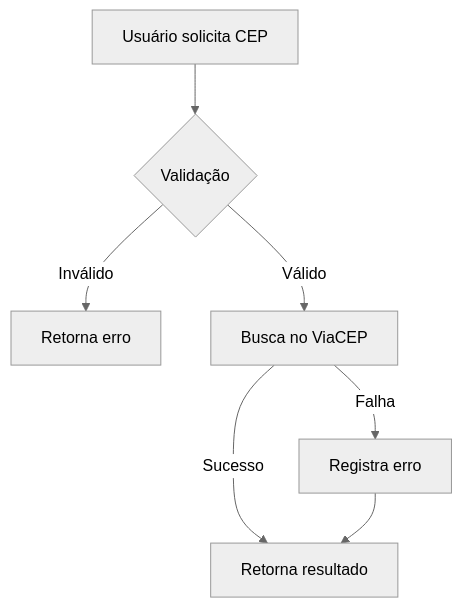
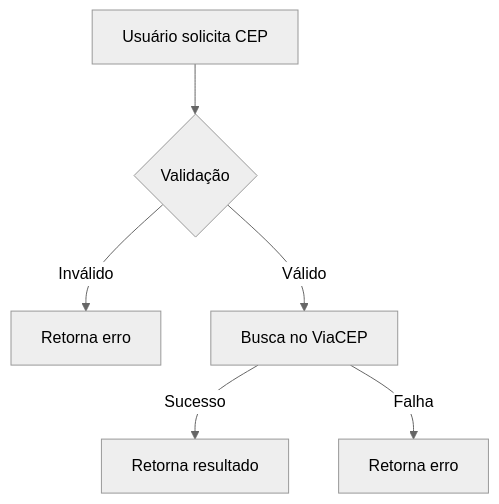
One commit to rodabarbosa/Sirb.CepBrasil changed the diagram in README.md. Above: the diagram before and after it, drawn with Mermaid (neutral theme). The commit also changed other lines of this file and 4 other files, not shown here.

````diff
--- a/README.md
+++ b/README.md
@@ -131,9 +130,8 @@
 ```mermaid
 graph TD
     A[Usuário solicita CEP] --> B{Validação}
     B -->|Inválido| C[Retorna erro]
     B -->|Válido| D[Busca no ViaCEP]
     D -->|Sucesso| E[Retorna resultado]
-    D -->|Falha| F[Registra erro]
-    F --> E
+    D -->|Falha| F[Retorna erro]
 ```
````
